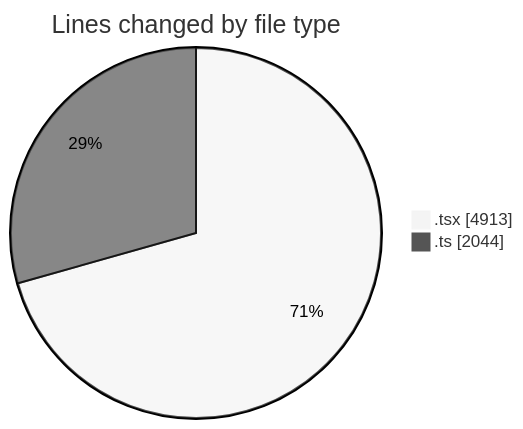
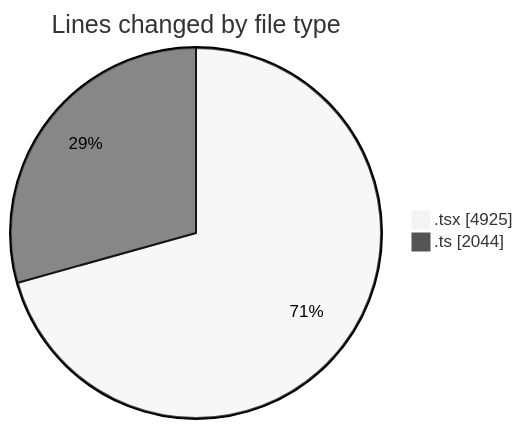
The first of 2 diagrams in 2026-02-26/nxtqube_webapp/README.md (nxtqubesakshisongat/code-tracking), drawn with Mermaid (neutral theme) before and after one commit. The commit also changed other lines of this file and 1 other file, not shown here.

````diff
--- a/2026-02-26/nxtqube_webapp/README.md
+++ b/2026-02-26/nxtqube_webapp/README.md
@@ -33,6 +33,6 @@
 ```mermaid
 pie showData
 title Lines changed by file type
-".tsx" : 4913
+".tsx" : 4925
 ".ts" : 2044
 ```
````
